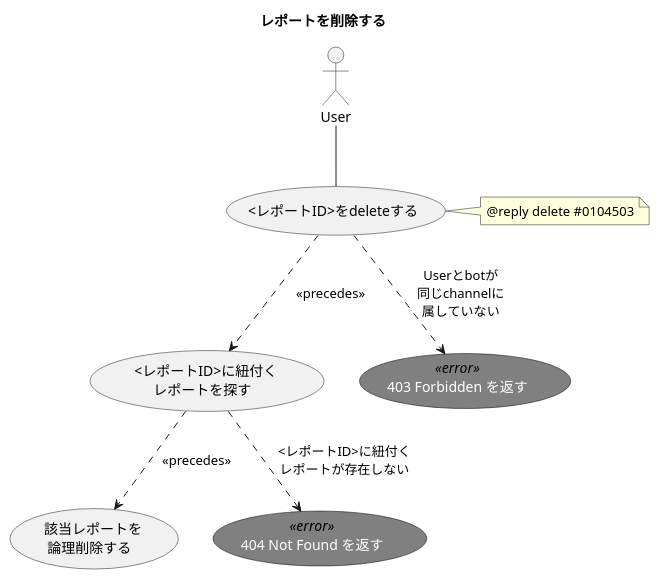
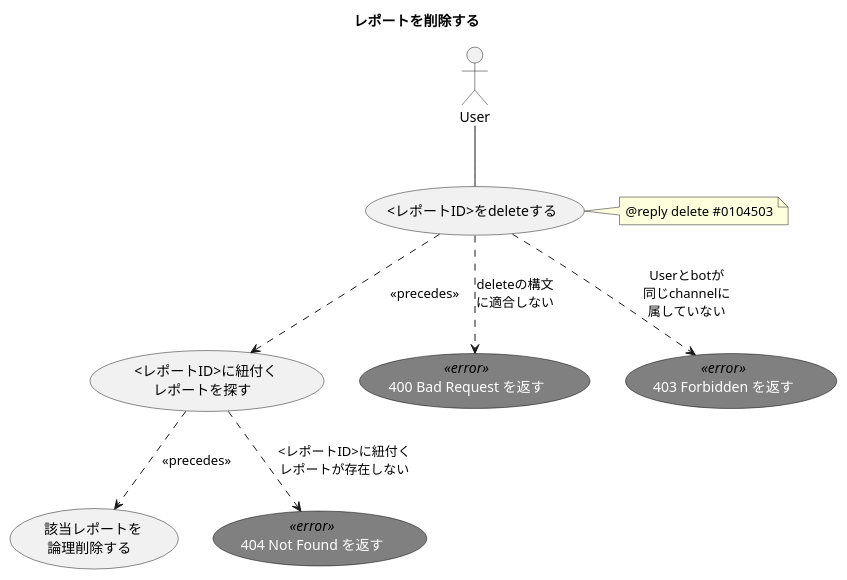
One commit to ito-masam/kpt-guard.doc changed the diagram in 1.design/2.usecases/delete-report.md. Above: the diagram before and after it, drawn with PlantUML. The commit also changed 4 other files, not shown here.

```diff
--- a/1.design/2.usecases/delete-report.md
+++ b/1.design/2.usecases/delete-report.md
@@ -1,31 +1,34 @@
 @startuml
 
     ' ----------- meta
     title レポートを削除する
 
     skinparam usecase {
       FontColor<<error>> white
       FontName<<error>> Verdana
       BackgroundColor<<error>> gray
       BorderColor<<error>> black
     }
 
     actor User
 
     ' ----------- main
     User -- ( <レポートID>をdeleteする )
     ( <レポートID>をdeleteする ) ..> ( <レポートID>に紐付く\nレポートを探す ) : << precedes >>
     ( <レポートID>に紐付く\nレポートを探す ) ..> ( 該当レポートを\n論理削除する ) : << precedes >>
 
     note right of ( <レポートID>をdeleteする )
       @reply delete #0104503
     end note
 
     ' ----------- alternative
+    ( 400 Bad Request を返す ) <<error>>
+    ( <レポートID>をdeleteする ) ..> ( 400 Bad Request を返す ) : deleteの構文\nに適合しない
+
     ( 403 Forbidden を返す ) <<error>>
     ( <レポートID>をdeleteする ) ..> ( 403 Forbidden を返す ) : Userとbotが\n同じchannelに\n属していない
 
     ( 404 Not Found を返す ) <<error>>
     ( <レポートID>に紐付く\nレポートを探す ) ..> ( 404 Not Found を返す ) : <レポートID>に紐付く\nレポートが存在しない
 
 @enduml
```
